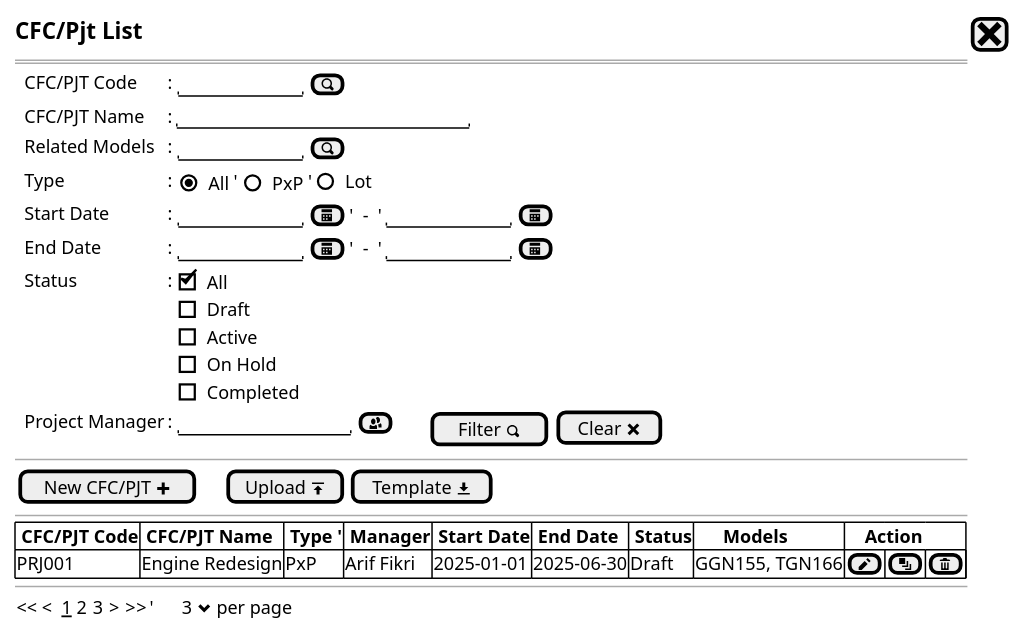
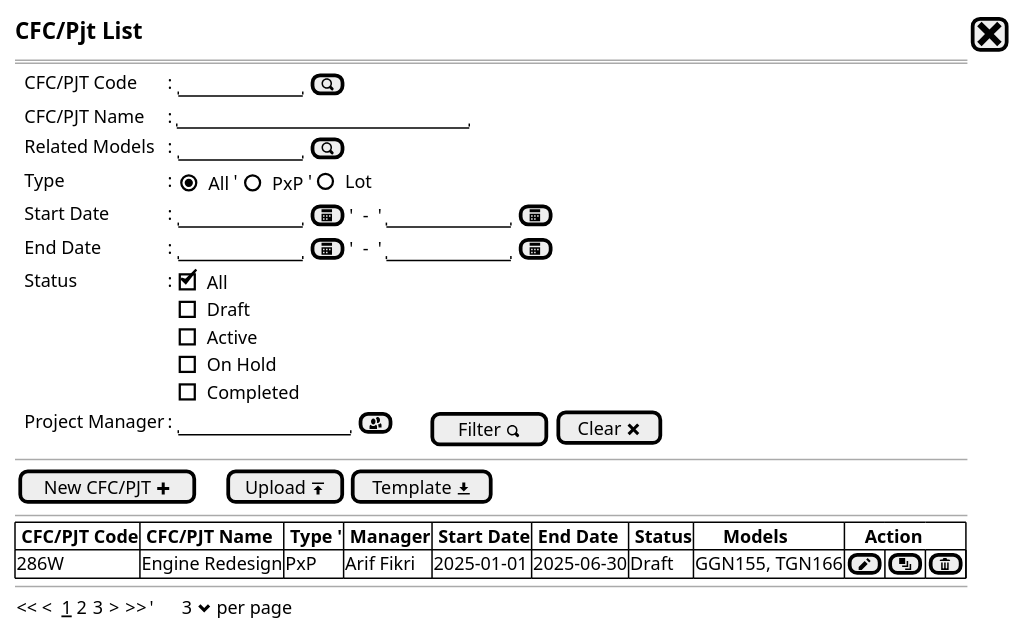
One commit to ari-fikri/packing-cost-mockup changed the diagram in Project/project - new step0a.puml. Above: the diagram before and after it, drawn with PlantUML. The commit also changed 2 other files, not shown here.

```diff
--- a/Project/project - new step0a.puml
+++ b/Project/project - new step0a.puml
@@ -1,36 +1,36 @@
 @startsalt
 {
   <size:15><b>CFC/Pjt List|[<size:25><&x>]|*
   ==
   {
     .|CFC/PJT Code      |: {|"          "|[<&magnifying-glass>]|}*
     .|CFC/PJT Name      |: |"                        "|*    
     .|Related Models    |: {|"          "| [<&magnifying-glass>]|}*
     .|Type              |: {|{(X)All}   '|    {()PxP}        '|   ()Lot}
     .|Start Date        |: {"          "|[<&calendar>] |'  -  '| "          "|[<&calendar>]  }*
     .|End Date          |: {"          "|[<&calendar>] |'  -  '| "          "|[<&calendar>]  }*
     .|Status |:|
     {
       [X] All
       [] Draft
       [] Active
       [] On Hold
       [] Completed
     }|*
     .|Project Manager |: {|"              "|[<&people>]|.|.|.|.||[Filter <&magnifying-glass>]}|[Clear <&x>]
 }
   --
   {
   [New CFC/PJT <&plus>]|.|.|.|[Upload <&data-transfer-upload>]| [Template <&data-transfer-download>]|*
   }
   --
   {#
     |<b> CFC/PJT Code | <b> CFC/PJT Name          |<b> Type '|<b> Manager         |<b> Start Date |<b> End Date   |<b> Status     |<b>      Models     |<b>    Action |*|*|*|*|*|*|*
-    | PRJ001          | Engine Redesign           |PxP    | Arif Fikri         | 2025-01-01    | 2025-06-30    | Draft         | GGN155, TGN166     |[<&pencil>]|[<&layers>]|[<&trash>]|*
+    | 286W          | Engine Redesign           |PxP    | Arif Fikri         | 2025-01-01    | 2025-06-30    | Draft         | GGN155, TGN166     |[<&pencil>]|[<&layers>]|[<&trash>]|*
   }
   --
   {
   << <  __1__ 2 3  > >>  |'      3 <&chevron-bottom> per page |*
   }
 }
 @endsalt
```
